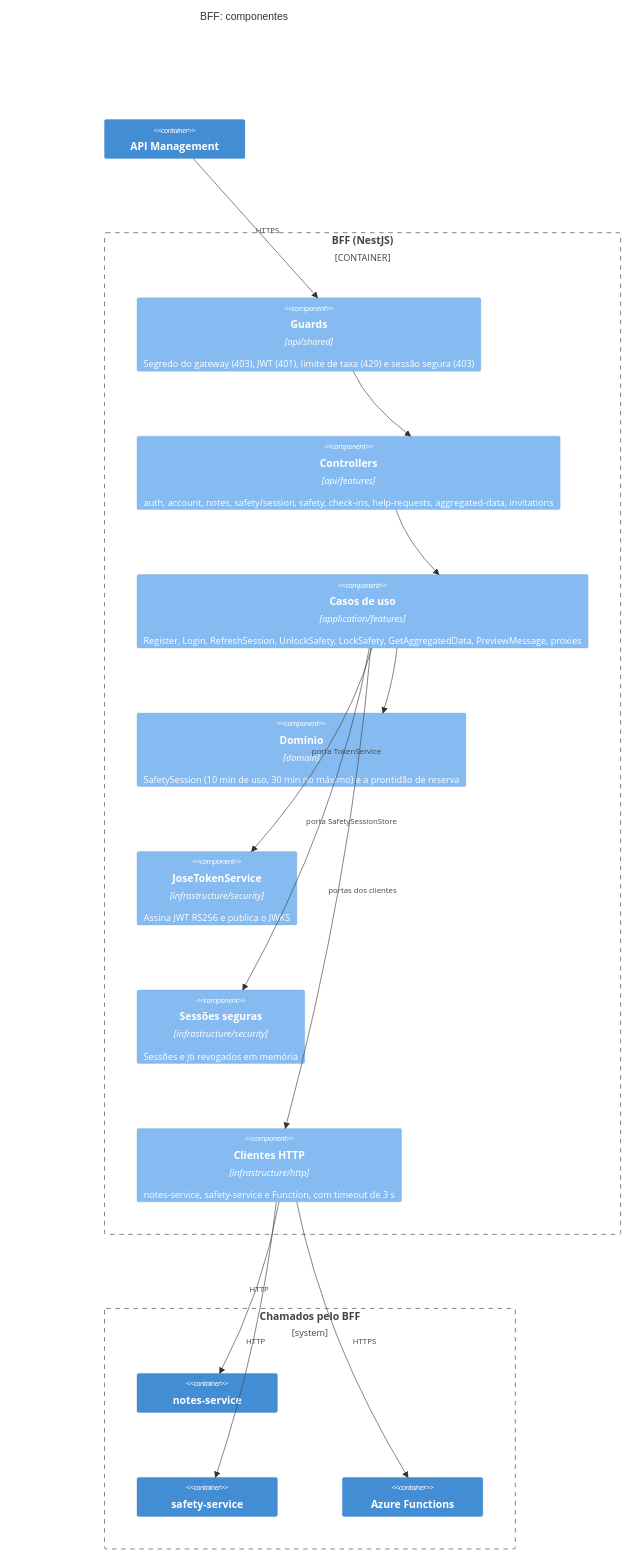
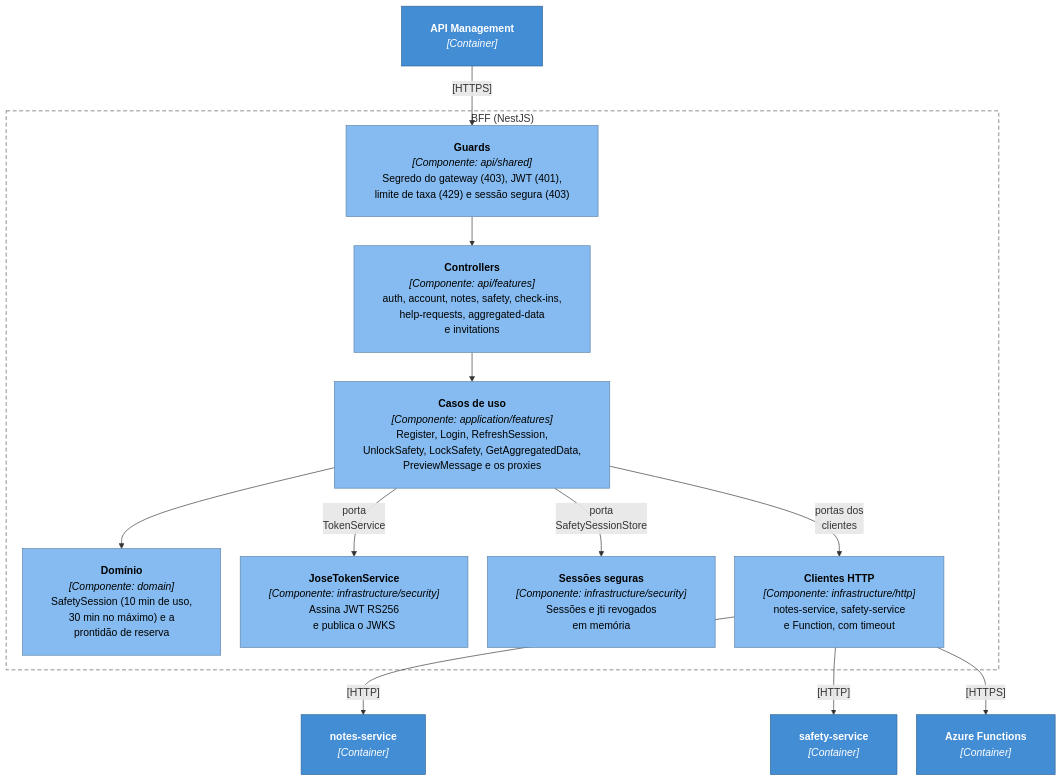
One commit to Carloslgp/Ghosty_App_Web changed the third of 6 diagrams in ghosty-docs/c4/README.md. Above: the diagram before and after it, drawn with Mermaid. The commit also changed other lines of this file and 3 other files, not shown here.

First line of the commit message:
docs(DOC-05): diagramas do C4 e de sequência sem sobreposição no PDF

````diff
--- a/ghosty-docs/c4/README.md
+++ b/ghosty-docs/c4/README.md
@@ -80,32 +97,40 @@
 ```mermaid
-C4Component
-  title BFF: componentes
+---
+config:
+  flowchart:
+    wrappingWidth: 420
+    nodeSpacing: 30
+    rankSpacing: 45
+    padding: 22
+---
+flowchart TB
+  classDef container fill:#438dd5,stroke:#2e6295,color:#fff
+  classDef component fill:#85bbf0,stroke:#5d82a8,color:#000
 
-  Container(apim, "API Management")
-  Container_Boundary(bff, "BFF (NestJS)") {
-    Component(guards, "Guards", "api/shared", "Segredo do gateway (403), JWT (401), limite de taxa (429) e sessão segura (403)")
-    Component(controllers, "Controllers", "api/features", "auth, account, notes, safety/session, safety, check-ins, help-requests, aggregated-data, invitations")
-    Component(handlers, "Casos de uso", "application/features", "Register, Login, RefreshSession, UnlockSafety, LockSafety, GetAggregatedData, PreviewMessage, proxies")
-    Component(domain, "Domínio", "domain", "SafetySession (10 min de uso, 30 min no máximo) e a prontidão de reserva")
-    Component(tokens, "JoseTokenService", "infrastructure/security", "Assina JWT RS256 e publica o JWKS")
-    Component(sessions, "Sessões seguras", "infrastructure/security", "Sessões e jti revogados em memória")
-    Component(clients, "Clientes HTTP", "infrastructure/http", "notes-service, safety-service e Function, com timeout de 3 s")
-  }
-  Boundary(upstream, "Chamados pelo BFF") {
-    Container(notes, "notes-service")
-    Container(core, "safety-service")
-    Container(fn, "Azure Functions")
-  }
+  apim["<b>API Management</b><br><i>[Container]</i>"]:::container
+  subgraph bffb["BFF (NestJS)"]
+    guards["<b>Guards</b><br><i>[Componente: api/shared]</i><br>Segredo do gateway (403), JWT (401),<br>limite de taxa (429) e sessão segura (403)"]:::component
+    controllers["<b>Controllers</b><br><i>[Componente: api/features]</i><br>auth, account, notes, safety, check-ins,<br>help-requests, aggregated-data<br>e invitations"]:::component
+    handlers["<b>Casos de uso</b><br><i>[Componente: application/features]</i><br>Register, Login, RefreshSession,<br>UnlockSafety, LockSafety, GetAggregatedData,<br>PreviewMessage e os proxies"]:::component
+    domain["<b>Domínio</b><br><i>[Componente: domain]</i><br>SafetySession (10 min de uso,<br>30 min no máximo) e a<br>prontidão de reserva"]:::component
+    tokens["<b>JoseTokenService</b><br><i>[Componente: infrastructure/security]</i><br>Assina JWT RS256<br>e publica o JWKS"]:::component
+    sessions["<b>Sessões seguras</b><br><i>[Componente: infrastructure/security]</i><br>Sessões e jti revogados<br>em memória"]:::component
+    clients["<b>Clientes HTTP</b><br><i>[Componente: infrastructure/http]</i><br>notes-service, safety-service<br>e Function, com timeout"]:::component
+  end
+  notes["<b>notes-service</b><br><i>[Container]</i>"]:::container
+  core["<b>safety-service</b><br><i>[Container]</i>"]:::container
+  fn["<b>Azure Functions</b><br><i>[Container]</i>"]:::container
 
-  Rel(apim, guards, "HTTPS")
-  Rel(guards, controllers, "")
-  Rel(controllers, handlers, "")
-  Rel(handlers, domain, "")
-  Rel(handlers, tokens, "porta TokenService")
-  Rel(handlers, sessions, "porta SafetySessionStore")
-  Rel(handlers, clients, "portas dos clientes")
-  Rel(clients, notes, "HTTP")
-  Rel(clients, core, "HTTP")
-  Rel(clients, fn, "HTTPS")
-  UpdateLayoutConfig($c4ShapeInRow="2", $c4BoundaryInRow="1")
+  apim -->|"[HTTPS]"| guards
+  guards --> controllers
+  controllers --> handlers
+  handlers --> domain
+  handlers -->|"porta<br>TokenService"| tokens
+  handlers -->|"porta<br>SafetySessionStore"| sessions
+  handlers -->|"portas dos<br>clientes"| clients
+  clients -->|"[HTTP]"| notes
+  clients -->|"[HTTP]"| core
+  clients -->|"[HTTPS]"| fn
+
+  style bffb fill:none,stroke:#555,stroke-dasharray:6 4
 ```
````
